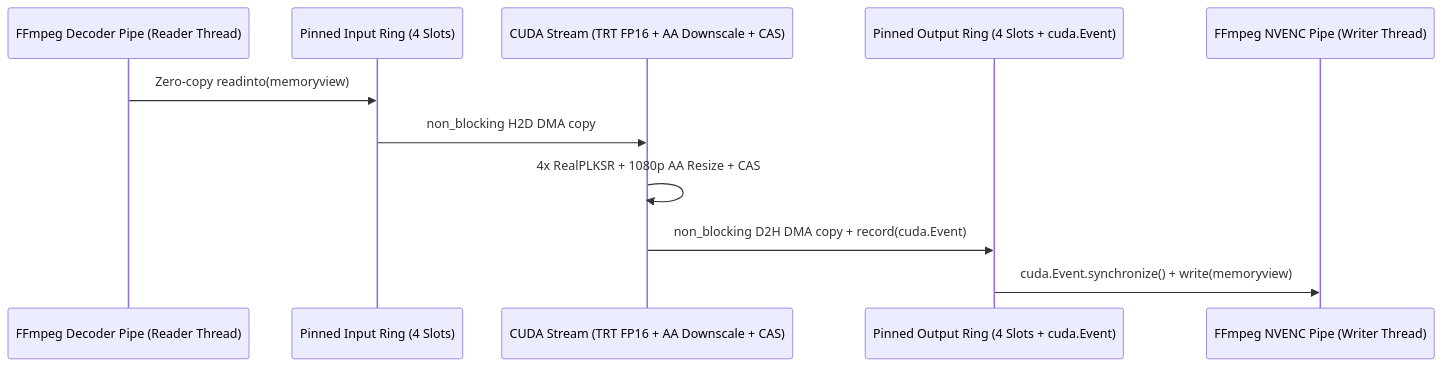
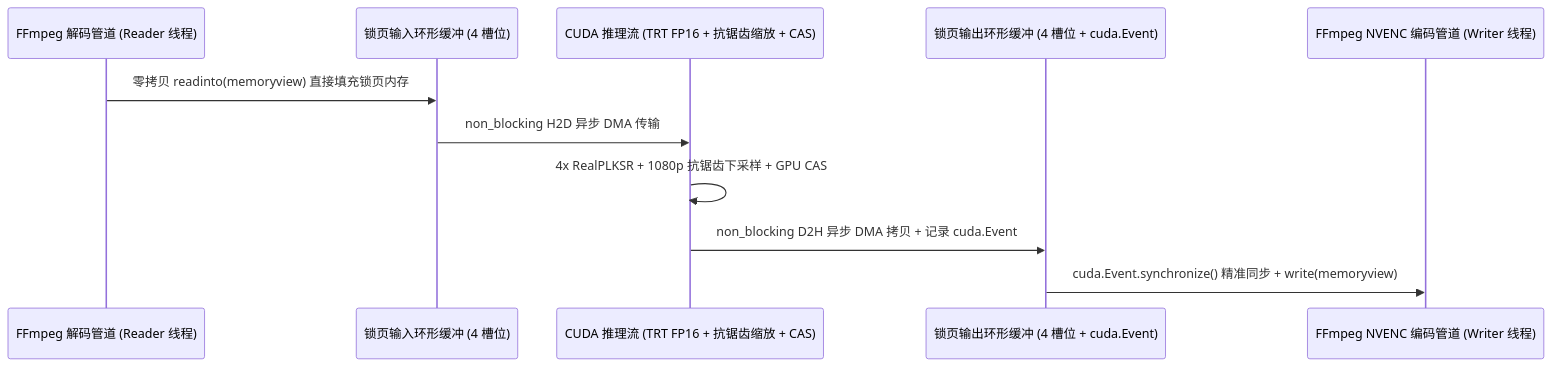
One commit to mengkzhaoyun/vela changed the third of 3 diagrams in docs/technical-whitepaper.md. Above: the diagram before and after it, drawn with Mermaid. The commit also changed other lines of this file and 1 other file, not shown here.

Commit message:
docs: translate technical-whitepaper.md to Chinese and retain English copy as technical-whitepaper.en.md

````diff
--- a/docs/technical-whitepaper.md
+++ b/docs/technical-whitepaper.md
@@ -172,14 +173,14 @@
 ```mermaid
 sequenceDiagram
-    participant Dec as FFmpeg Decoder Pipe (Reader Thread)
-    participant PinIn as Pinned Input Ring (4 Slots)
-    participant GPU as CUDA Stream (TRT FP16 + AA Downscale + CAS)
-    participant PinOut as Pinned Output Ring (4 Slots + cuda.Event)
-    participant Enc as FFmpeg NVENC Pipe (Writer Thread)
+    participant Dec as FFmpeg 解码管道 (Reader 线程)
+    participant PinIn as 锁页输入环形缓冲 (4 槽位)
+    participant GPU as CUDA 推理流 (TRT FP16 + 抗锯齿缩放 + CAS)
+    participant PinOut as 锁页输出环形缓冲 (4 槽位 + cuda.Event)
+    participant Enc as FFmpeg NVENC 编码管道 (Writer 线程)
 
-    Dec->>PinIn: Zero-copy readinto(memoryview)
-    PinIn->>GPU: non_blocking H2D DMA copy
-    GPU->>GPU: 4x RealPLKSR + 1080p AA Resize + CAS
-    GPU->>PinOut: non_blocking D2H DMA copy + record(cuda.Event)
-    PinOut->>Enc: cuda.Event.synchronize() + write(memoryview)
+    Dec->>PinIn: 零拷贝 readinto(memoryview) 直接填充锁页内存
+    PinIn->>GPU: non_blocking H2D 异步 DMA 传输
+    GPU->>GPU: 4x RealPLKSR + 1080p 抗锯齿下采样 + GPU CAS
+    GPU->>PinOut: non_blocking D2H 异步 DMA 拷贝 + 记录 cuda.Event
+    PinOut->>Enc: cuda.Event.synchronize() 精准同步 + write(memoryview)
 ```
````
